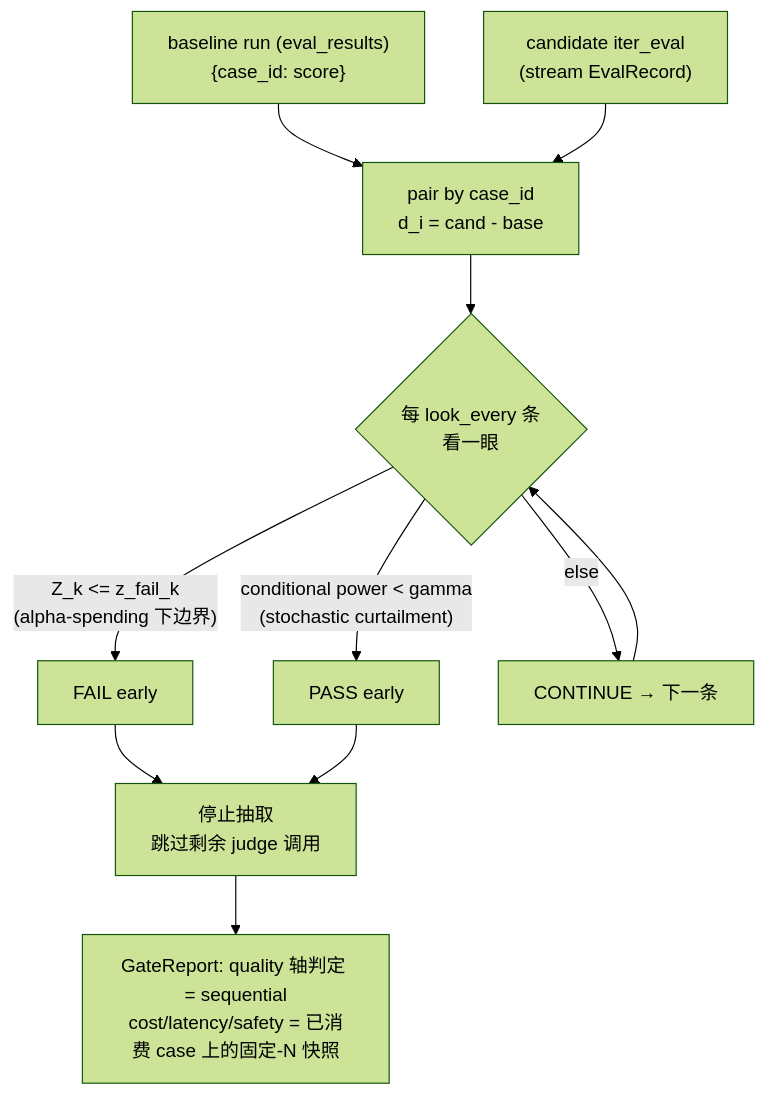
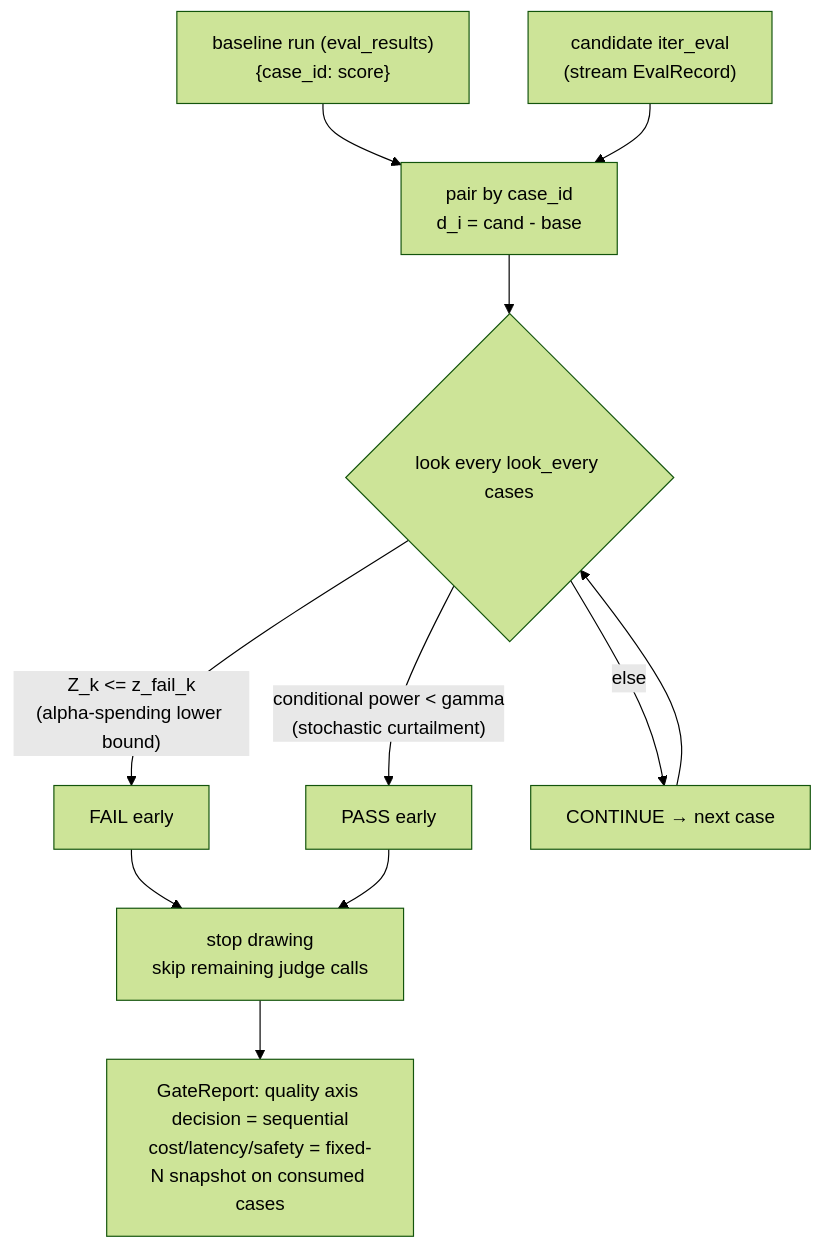
The first of 2 diagrams in docs/PHASE_15_PLAN.md (AndyUneducated/eval-gate), drawn with Mermaid (forest theme) before and after one commit. The commit also changed other lines of this file and 22 other files, not shown here.

````diff
--- a/docs/PHASE_15_PLAN.md
+++ b/docs/PHASE_15_PLAN.md
@@ -46,13 +46,13 @@
 ```mermaid
 flowchart TD
   Base["baseline run (eval_results)<br/>{case_id: score}"] --> Pair
   Cand["candidate iter_eval<br/>(stream EvalRecord)"] --> Pair["pair by case_id<br/>d_i = cand - base"]
-  Pair --> Look{"每 look_every 条<br/>看一眼"}
-  Look -->|"Z_k <= z_fail_k<br/>(alpha-spending 下边界)"| Fail["FAIL early"]
+  Pair --> Look{"look every look_every cases"}
+  Look -->|"Z_k <= z_fail_k<br/>(alpha-spending lower bound)"| Fail["FAIL early"]
   Look -->|"conditional power < gamma<br/>(stochastic curtailment)"| Pass["PASS early"]
-  Look -->|"else"| Cont["CONTINUE → 下一条"]
+  Look -->|"else"| Cont["CONTINUE → next case"]
   Cont --> Look
-  Fail --> Stop["停止抽取<br/>跳过剩余 judge 调用"]
+  Fail --> Stop["stop drawing<br/>skip remaining judge calls"]
   Pass --> Stop
-  Stop --> Report["GateReport: quality 轴判定 = sequential<br/>cost/latency/safety = 已消费 case 上的固定-N 快照"]
+  Stop --> Report["GateReport: quality axis decision = sequential<br/>cost/latency/safety = fixed-N snapshot on consumed cases"]
 ```
````
